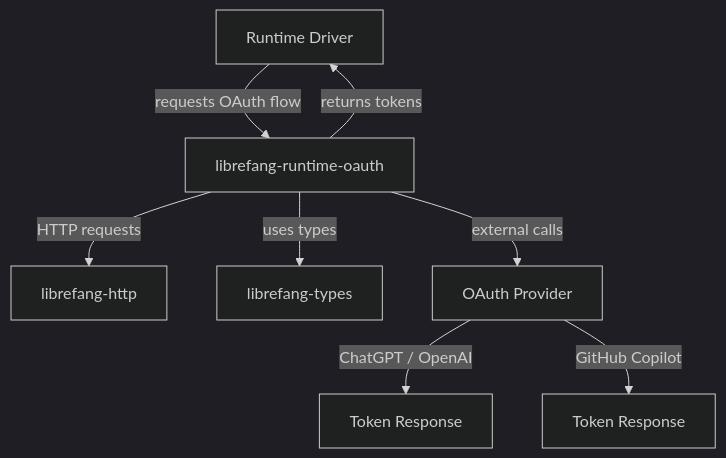
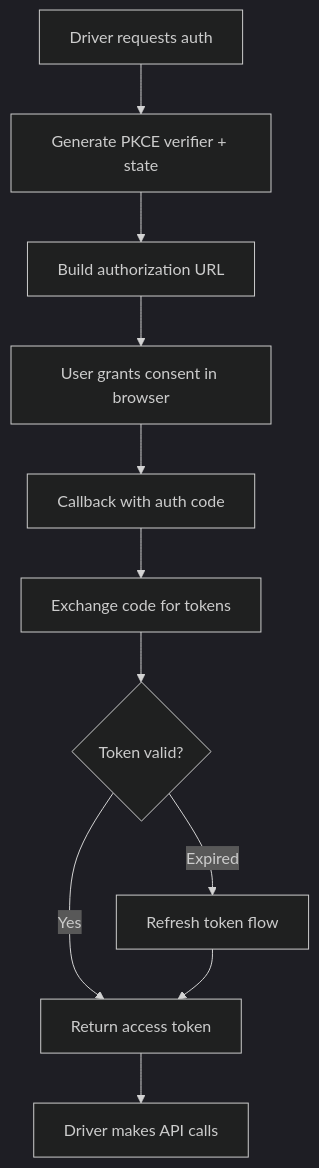
The diagram in other-librefang-runtime-oauth.md (leszek3737/librefang-WIki), drawn with Mermaid (dark theme) before and after one commit. The commit also changed other lines of this file and 98 other files, not shown here.

````diff
--- a/other-librefang-runtime-oauth.md
+++ b/other-librefang-runtime-oauth.md
@@ -13,10 +36,13 @@
 ```mermaid
-graph TD
-    A[Runtime Driver] -->|requests OAuth flow| B[librefang-runtime-oauth]
-    B -->|HTTP requests| C[librefang-http]
-    B -->|uses types| D[librefang-types]
-    B -->|external calls| E[OAuth Provider]
-    E -->|ChatGPT / OpenAI| F[Token Response]
-    E -->|GitHub Copilot| G[Token Response]
-    B -->|returns tokens| A
+flowchart TD
+    A[Driver requests auth] --> B[Generate PKCE verifier + state]
+    B --> C[Build authorization URL]
+    C --> D[User grants consent in browser]
+    D --> E[Callback with auth code]
+    E --> F[Exchange code for tokens]
+    F --> G{Token valid?}
+    G -- Yes --> H[Return access token]
+    G -- Expired --> I[Refresh token flow]
+    I --> H
+    H --> J[Driver makes API calls]
 ```
````
